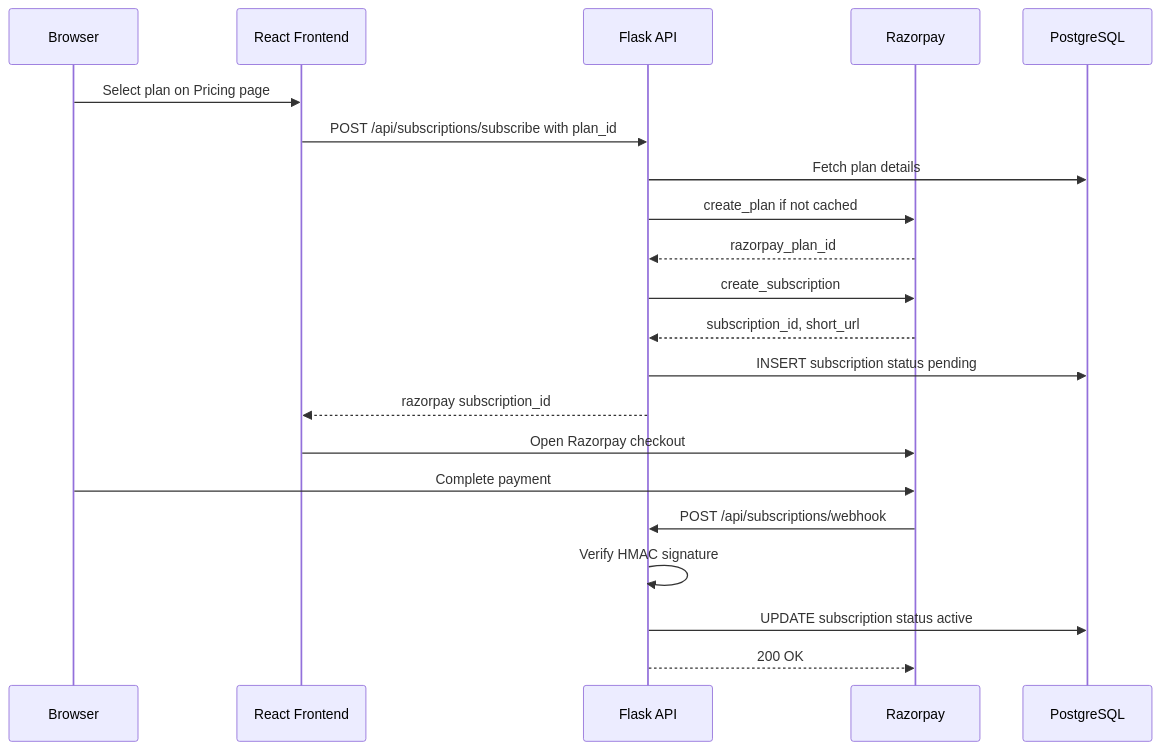
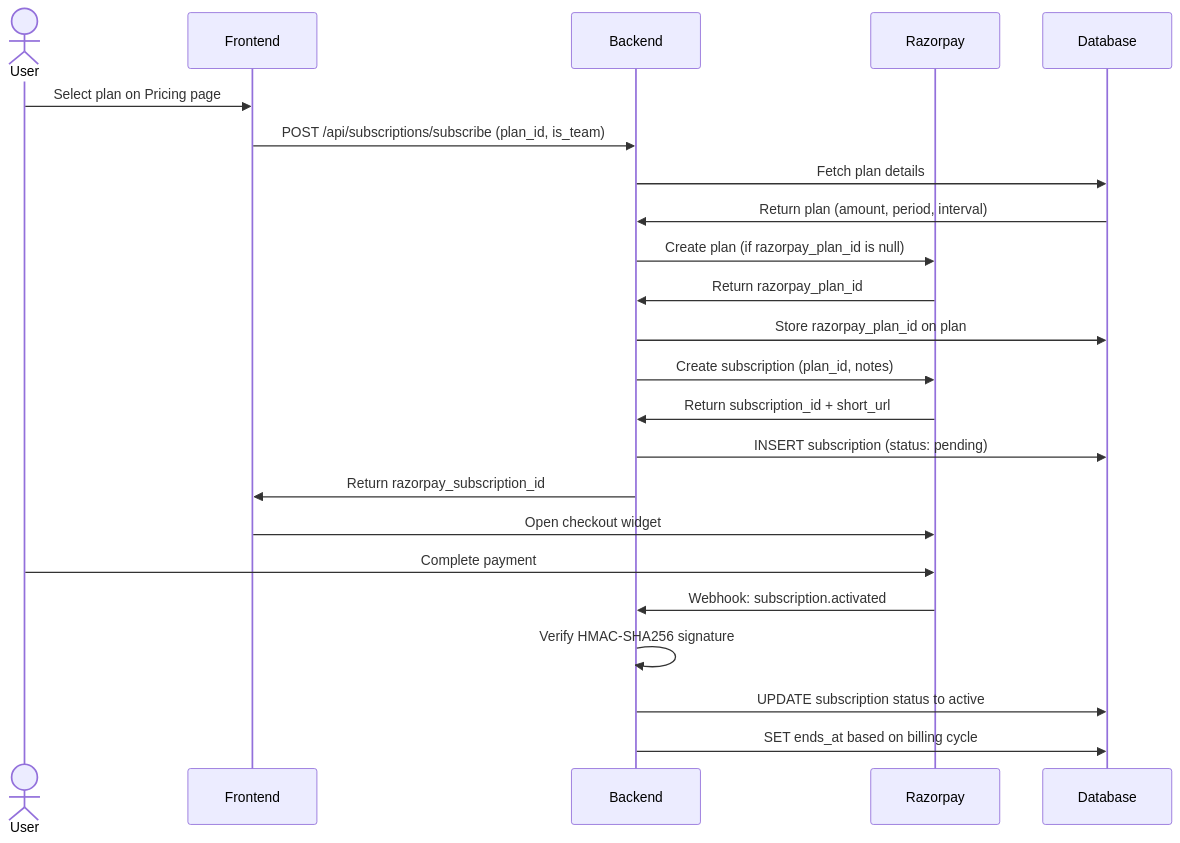
One commit to pradnyeshbhalekar/looplearn-fe changed diagram 11 of 13 in blackbook.md. Above: the diagram before and after it, drawn with Mermaid. The commit also changed other lines of this file, not shown here.

````diff
--- a/blackbook.md
+++ b/blackbook.md
@@ -586,25 +1140,26 @@
 ```mermaid
 sequenceDiagram
-    participant User as Browser
-    participant FE as React Frontend
-    participant API as Flask API
-    participant RP as Razorpay
-    participant DB as PostgreSQL
+    actor User
+    participant Frontend
+    participant Backend
+    participant Razorpay
+    participant Database
 
-    User->>FE: Select plan on Pricing page
-    FE->>API: POST /api/subscriptions/subscribe with plan_id
-    API->>DB: Fetch plan details
-    API->>RP: create_plan if not cached
-    RP-->>API: razorpay_plan_id
-    API->>RP: create_subscription
-    RP-->>API: subscription_id, short_url
-    API->>DB: INSERT subscription status pending
-    API-->>FE: razorpay subscription_id
-
-    FE->>RP: Open Razorpay checkout
-    User->>RP: Complete payment
-    RP->>API: POST /api/subscriptions/webhook
-    API->>API: Verify HMAC signature
-    API->>DB: UPDATE subscription status active
-    API-->>RP: 200 OK
+    User->>Frontend: Select plan on Pricing page
+    Frontend->>Backend: POST /api/subscriptions/subscribe (plan_id, is_team)
+    Backend->>Database: Fetch plan details
+    Database->>Backend: Return plan (amount, period, interval)
+    Backend->>Razorpay: Create plan (if razorpay_plan_id is null)
+    Razorpay->>Backend: Return razorpay_plan_id
+    Backend->>Database: Store razorpay_plan_id on plan
+    Backend->>Razorpay: Create subscription (plan_id, notes)
+    Razorpay->>Backend: Return subscription_id + short_url
+    Backend->>Database: INSERT subscription (status: pending)
+    Backend->>Frontend: Return razorpay_subscription_id
+    Frontend->>Razorpay: Open checkout widget
+    User->>Razorpay: Complete payment
+    Razorpay->>Backend: Webhook: subscription.activated
+    Backend->>Backend: Verify HMAC-SHA256 signature
+    Backend->>Database: UPDATE subscription status to active
+    Backend->>Database: SET ends_at based on billing cycle
 ```
````
